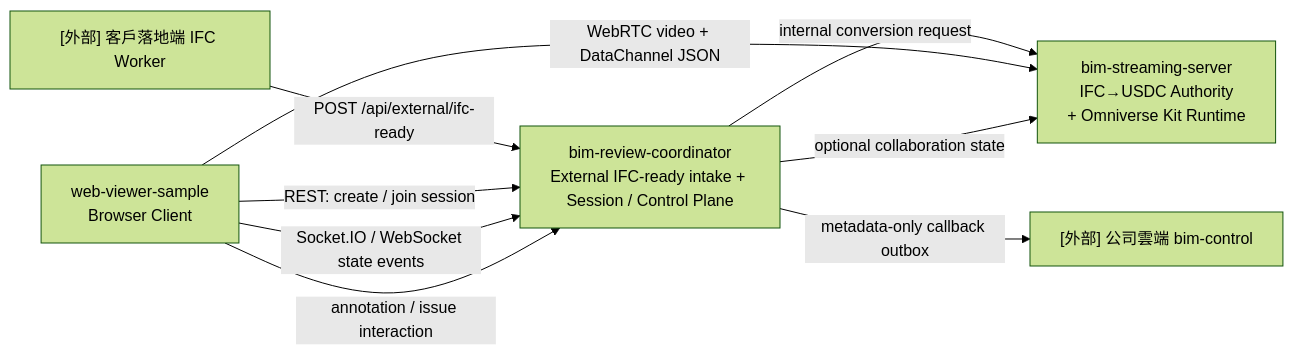
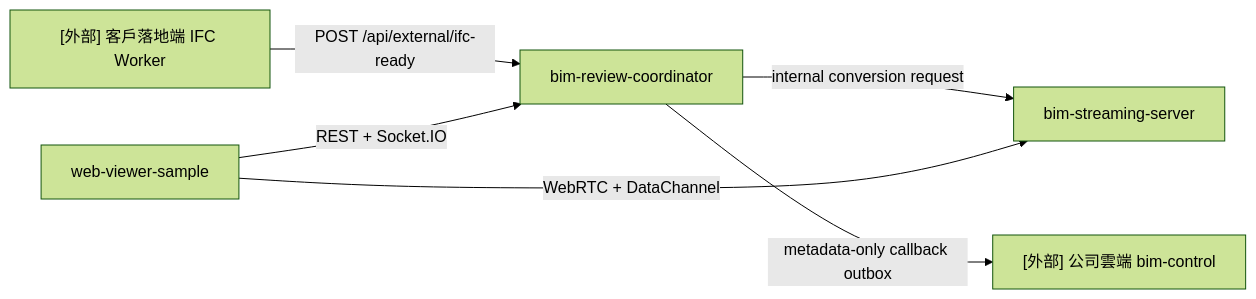
Before and after one commit to monkey1sai/AI-BIM-governance: the diagram in AGENTS.md, drawn with Mermaid (forest theme). The commit also changed other lines of this file and 11 other files, not shown here.

````diff
--- a/AGENTS.md
+++ b/AGENTS.md
@@ -234,17 +47,14 @@
 ```mermaid
 flowchart LR
     EDGE["[外部] 客戶落地端 IFC Worker"]
     CLOUD["[外部] 公司雲端 bim-control"]
-    CO["bim-review-coordinator\nExternal IFC-ready intake + Session / Control Plane"]
-    KIT["bim-streaming-server\nIFC→USDC Authority\n+ Omniverse Kit Runtime"]
-    WV["web-viewer-sample\nBrowser Client"]
+    CO[bim-review-coordinator]
+    KIT[bim-streaming-server]
+    WV[web-viewer-sample]
 
     EDGE -->|POST /api/external/ifc-ready| CO
     CO -->|internal conversion request| KIT
     CO -->|metadata-only callback outbox| CLOUD
-    WV -->|REST: create / join session| CO
-    WV -->|WebRTC video + DataChannel JSON| KIT
-    WV -->|Socket.IO / WebSocket state events| CO
-    CO -->|optional collaboration state| KIT
-    WV -->|annotation / issue interaction| CO
+    WV -->|REST + Socket.IO| CO
+    WV -->|WebRTC + DataChannel| KIT
 ```
````
